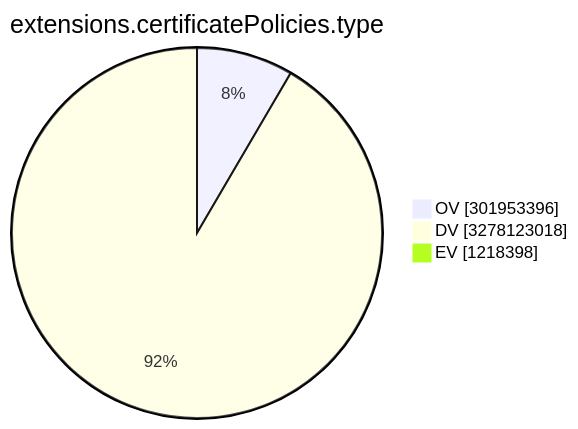
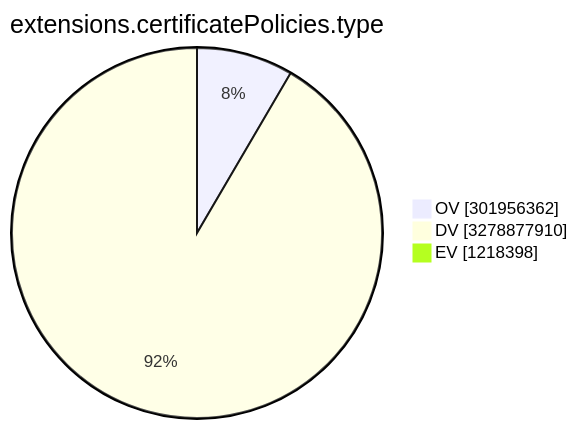
One commit to christiankrug/ctmonitor_visualization changed the ninth of 15 diagrams in TOTAL/README.md. Above: the diagram before and after it, drawn with Mermaid. The commit also changed other lines of this file, not shown here.

````diff
--- a/TOTAL/README.md
+++ b/TOTAL/README.md
@@ -3107,7 +3107,7 @@
 ```mermaid
 pie showData
 title extensions.certificatePolicies.type
-"OV" :301953396
-"DV" :3278123018
+"OV" :301956362
+"DV" :3278877910
 "EV" :1218398
 ```
````
